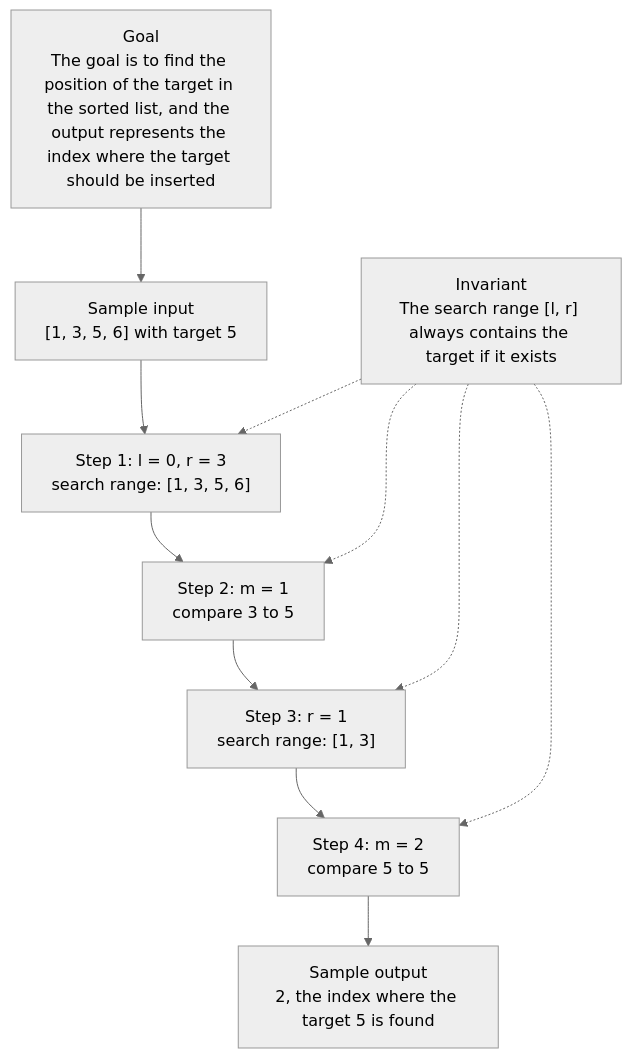
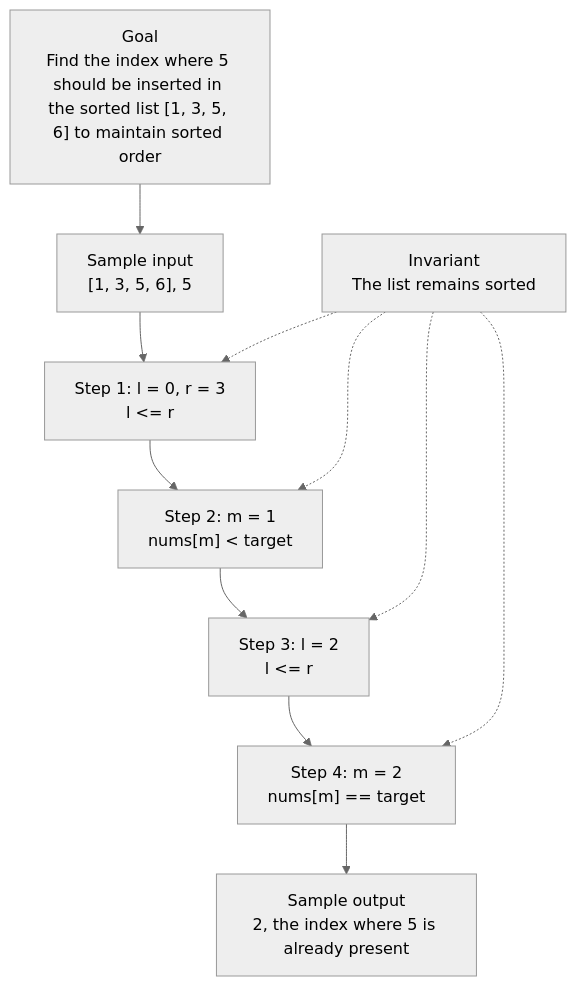
One commit to daanniill/leetcode_sols changed the diagram in 0000-search-insert-position/README.md. Above: the diagram before and after it, drawn with Mermaid (neutral theme). The commit also changed other lines of this file and 5 other files, not shown here.

Commit message:
solve: 0. Search Insert Position (Unknown)

````diff
--- a/0000-search-insert-position/README.md
+++ b/0000-search-insert-position/README.md
@@ -18,16 +19,16 @@
 ```mermaid
 flowchart TD
-  n0["Goal<br/>The goal is to find the position of the target in the sorted list, and the output represents the index where the target should be inserted"]
-  n1["Sample input<br/>[1, 3, 5, 6] with target 5"]
-  n2["Step 1: l = 0, r = 3<br/>search range: [1, 3, 5, 6]"]
-  n3["Step 2: m = 1<br/>compare 3 to 5"]
-  n4["Step 3: r = 1<br/>search range: [1, 3]"]
-  n5["Step 4: m = 2<br/>compare 5 to 5"]
-  n6["Sample output<br/>2, the index where the target 5 is found"]
-  inv["Invariant<br/>The search range [l, r] always contains the target if it exists"]
+  n0["Goal<br/>Find the index where 5 should be inserted in the sorted list [1, 3, 5, 6] to maintain sorted order"]
+  n1["Sample input<br/>[1, 3, 5, 6], 5"]
+  n2["Step 1: l = 0, r = 3<br/>l &lt;= r"]
+  n3["Step 2: m = 1<br/>nums[m] &lt; target"]
+  n4["Step 3: l = 2<br/>l &lt;= r"]
+  n5["Step 4: m = 2<br/>nums[m] == target"]
+  n6["Sample output<br/>2, the index where 5 is already present"]
+  inv["Invariant<br/>The list remains sorted"]
   n0 --> n1 --> n2 --> n3 --> n4 --> n5 --> n6
   inv -.-> n2
   inv -.-> n3
   inv -.-> n4
   inv -.-> n5
 ```
````
